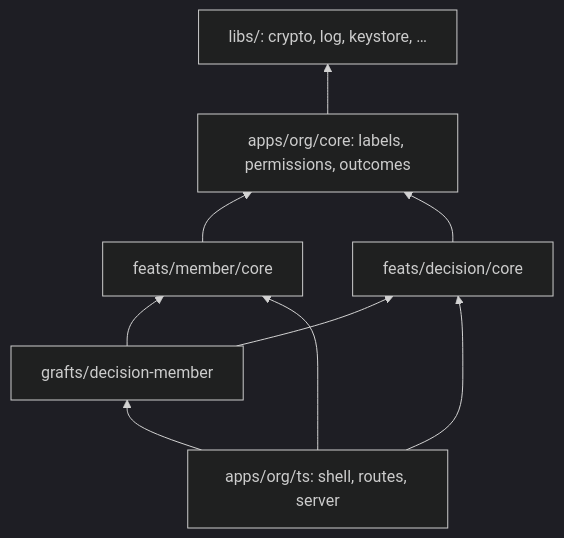
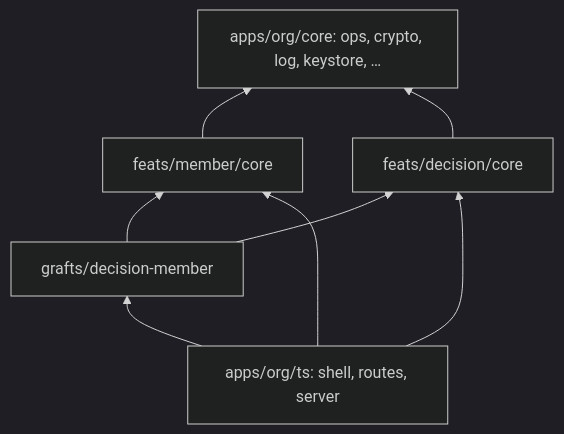
One commit to cella-coop/cella changed the diagram in _corpus/doc/architecture.md. Above: the diagram before and after it, drawn with Mermaid (dark theme). The commit also changed other lines of this file and 49 other files, not shown here.

First line of the commit message:
refactor(org): a core holds its node's libraries; libs/ goes, crypto, log, keystore and ops move into org's core

````diff
--- a/_corpus/doc/architecture.md
+++ b/_corpus/doc/architecture.md
@@ -16,17 +16,15 @@
 ```mermaid
 flowchart BT
-  libs["libs/: crypto, log, keystore, …"]
-  core["apps/org/core: labels, permissions, outcomes"]
+  core["apps/org/core: ops, crypto, log, keystore, …"]
   member["feats/member/core"]
   decision["feats/decision/core"]
   graft["grafts/decision-member"]
   root["apps/org/ts: shell, routes, server"]
-  core --> libs
   member --> core
   decision --> core
   graft --> member
   graft --> decision
   root --> graft
   root --> member
   root --> decision
 ```
````
